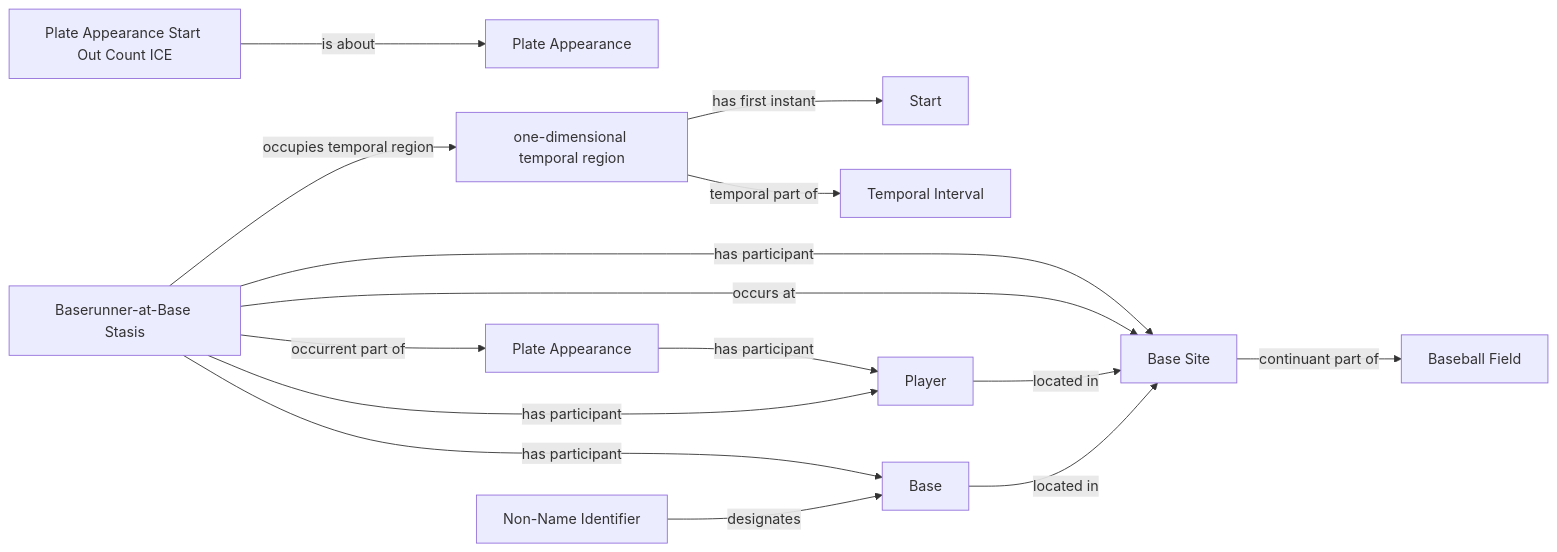
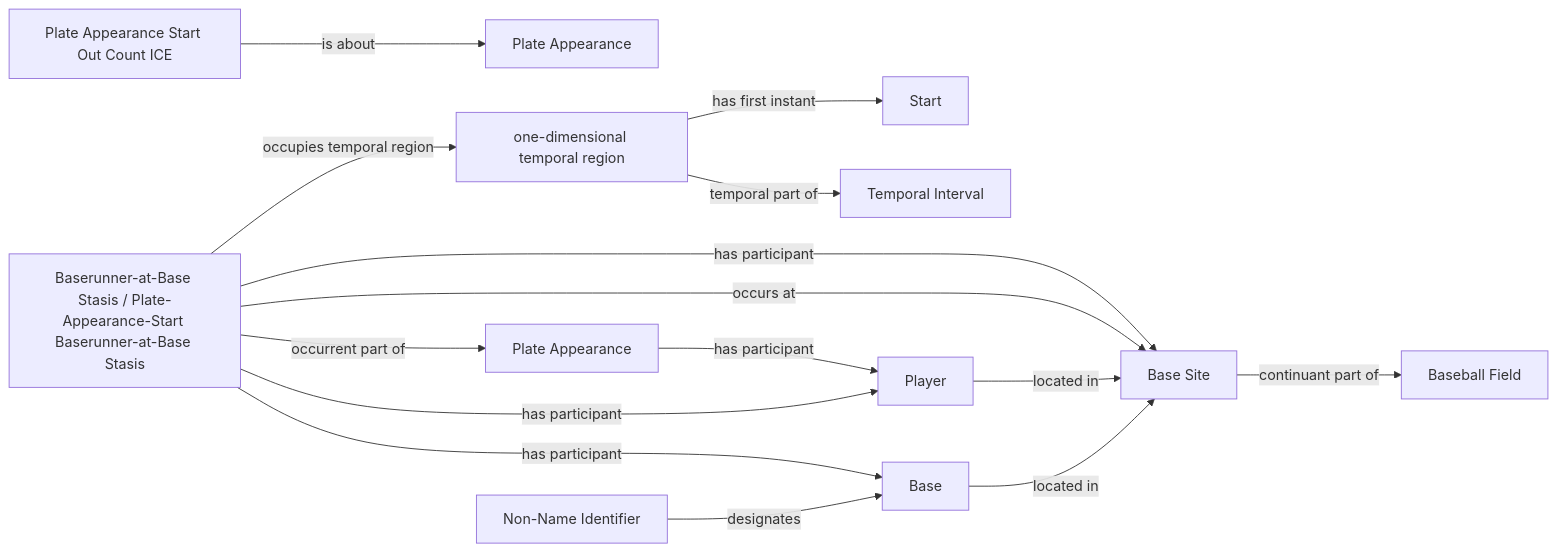
Before and after one commit to CarterBeauBenson/BaseballO: the diagram in Baseball/mermaid/patterns/ontology/57-plate-appearance-start-state.md, drawn with Mermaid. The commit also changed other lines of this file and 158 other files, not shown here.

````diff
--- a/Baseball/mermaid/patterns/ontology/57-plate-appearance-start-state.md
+++ b/Baseball/mermaid/patterns/ontology/57-plate-appearance-start-state.md
@@ -10,29 +10,29 @@
 ```mermaid
 flowchart LR
     N01["Plate Appearance"]
     N02["Plate Appearance Start Out Count ICE"]
     N03["Plate Appearance"]
-    N04["Baserunner-at-Base Stasis"]
+    N04["Baserunner-at-Base Stasis / Plate-Appearance-Start Baserunner-at-Base Stasis"]
     N05["one-dimensional temporal region"]
     N06["Start"]
     N07["Temporal Interval"]
     N08["Player"]
     N09["Base"]
     N10["Non-Name Identifier"]
     N11["Baseball Field"]
     N12["Base Site"]
     N02 -->|is about| N01
     N03 -->|has participant| N08
     N04 -->|has participant| N08
     N04 -->|has participant| N09
     N04 -->|has participant| N12
     N04 -->|occupies temporal region| N05
     N04 -->|occurrent part of| N03
     N04 -->|occurs at| N12
     N05 -->|has first instant| N06
     N05 -->|temporal part of| N07
     N08 -->|located in| N12
     N09 -->|located in| N12
     N10 -->|designates| N09
     N12 -->|continuant part of| N11
 ```
````
